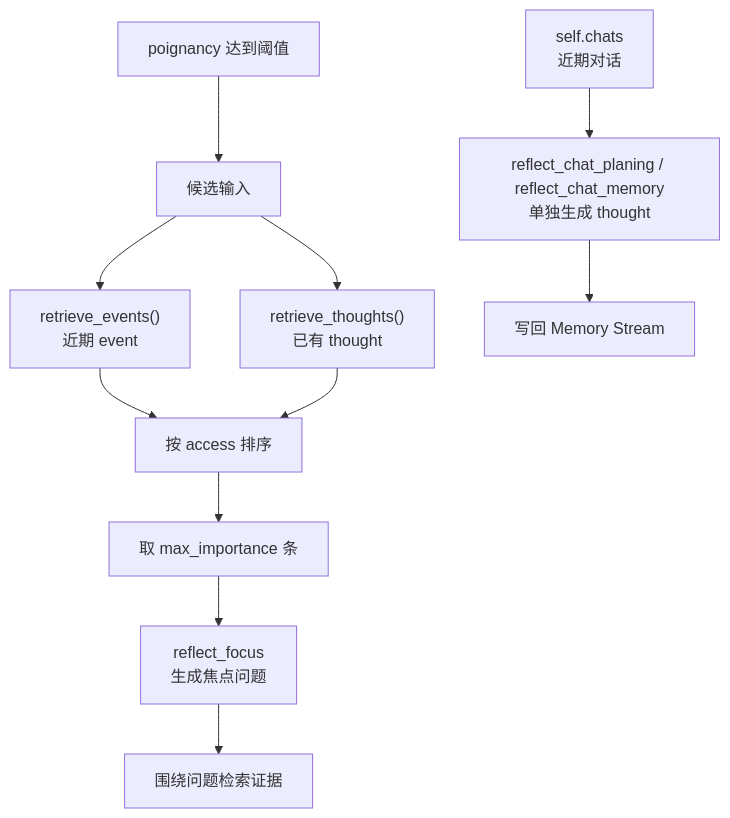
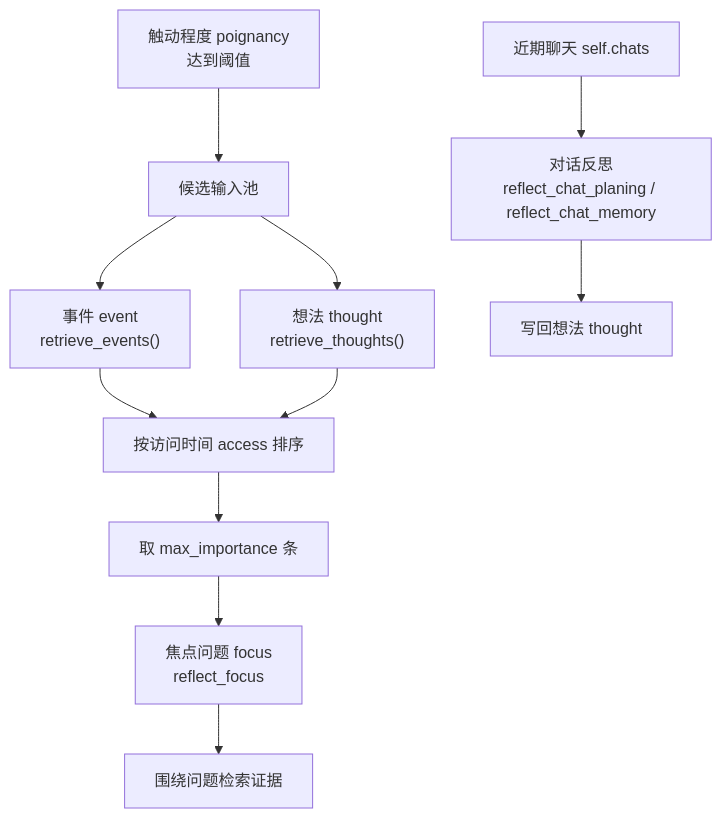
Before and after one commit to tbkken/GenerativeAgentsCN: the second of 2 diagrams in docs/book/manuscript/part_01/chapter_07.md, drawn with Mermaid. The commit also changed other lines of this file and 16 other files, not shown here.

````diff
--- a/docs/book/manuscript/part_01/chapter_07.md
+++ b/docs/book/manuscript/part_01/chapter_07.md
@@ -166,14 +225,14 @@
 ```mermaid
 flowchart TD
-    Trigger["poignancy 达到阈值"] --> Pool["候选输入"]
-    Pool --> Events["retrieve_events()<br/>近期 event"]
-    Pool --> Thoughts["retrieve_thoughts()<br/>已有 thought"]
-    Events --> Sort["按 access 排序"]
+    Trigger["触动程度 poignancy<br/>达到阈值"] --> Pool["候选输入池"]
+    Pool --> Events["事件 event<br/>retrieve_events()"]
+    Pool --> Thoughts["想法 thought<br/>retrieve_thoughts()"]
+    Events --> Sort["按访问时间 access 排序"]
     Thoughts --> Sort
     Sort --> Limit["取 max_importance 条"]
-    Limit --> Focus["reflect_focus<br/>生成焦点问题"]
+    Limit --> Focus["焦点问题 focus<br/>reflect_focus"]
 
-    Chats["self.chats<br/>近期对话"] --> ChatBranch["reflect_chat_planing / reflect_chat_memory<br/>单独生成 thought"]
-    ChatBranch --> Memory["写回 Memory Stream"]
-    Focus --> Next["围绕问题检索证据"]
+    Chats["近期聊天 self.chats"] --> ChatReflect["对话反思<br/>reflect_chat_planing / reflect_chat_memory"]
+    ChatReflect --> Thought["写回想法 thought"]
+    Focus --> Evidence["围绕问题检索证据"]
 ```
````
